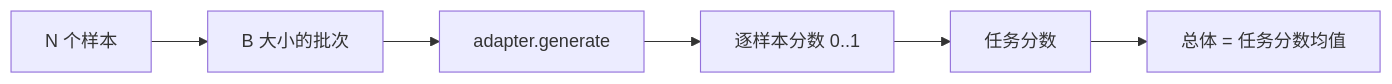
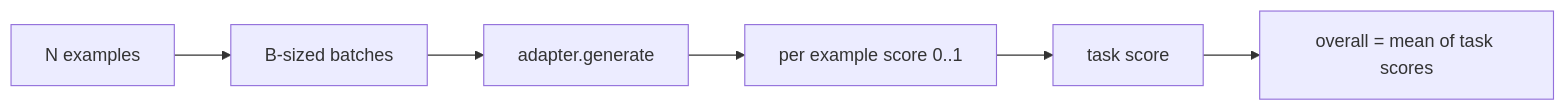
The second of 2 diagrams in phases/19-capstone-projects/49-lm-eval-harness/docs/zh.md (yuanbaoerer/ai-engineering-from-scratch), drawn with Mermaid before and after one commit. The commit also changed other lines of this file, not shown here.

````diff
--- a/phases/19-capstone-projects/49-lm-eval-harness/docs/zh.md
+++ b/phases/19-capstone-projects/49-lm-eval-harness/docs/zh.md
@@ -97,8 +97,8 @@
 ```mermaid
 flowchart LR
-  examples[N 个样本] --> batches[B 大小的批次]
+  examples[N examples] --> batches[B-sized batches]
   batches --> adapter[adapter.generate]
-  adapter --> per[逐样本分数 0..1]
-  per --> avg[任务分数]
-  avg --> over[总体 = 任务分数均值]
+  adapter --> per[per example score 0..1]
+  per --> avg[task score]
+  avg --> over[overall = mean of task scores]
 ```
````
